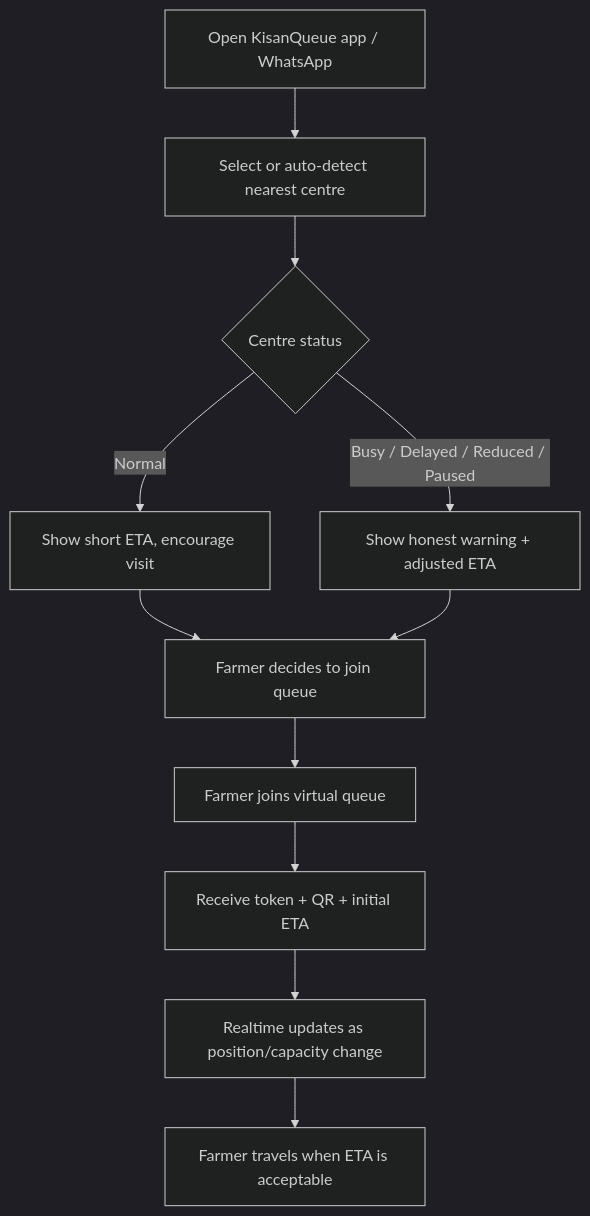
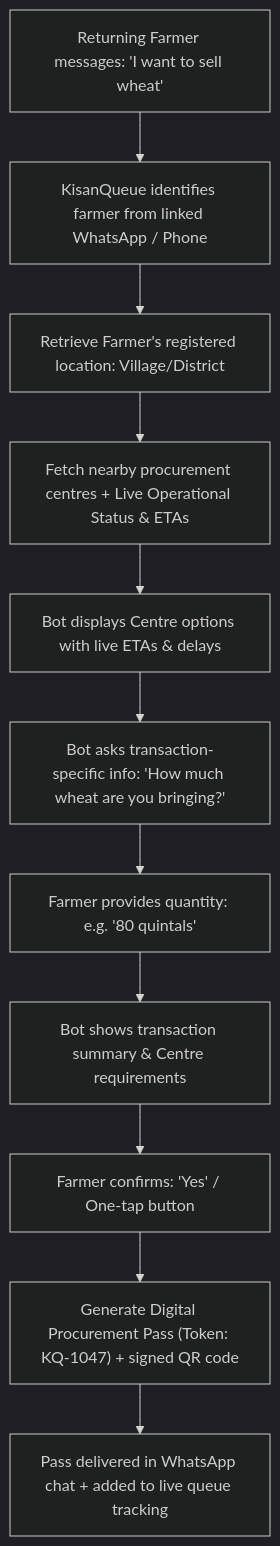
The second of 6 diagrams in docs/04_USER_FLOWS.md (SnehalPrince/KisanQueue), drawn with Mermaid (dark theme) before and after one commit. The commit also changed other lines of this file and 8 other files, not shown here.

First line of the commit message:
feat(docs): Update product flow with One-Time Onboarding & Persistent WhatsApp Assistant

````diff
--- a/docs/04_USER_FLOWS.md
+++ b/docs/04_USER_FLOWS.md
@@ -5,13 +18,13 @@
 ```mermaid
 flowchart TD
-    A[Open KisanQueue app / WhatsApp] --> B[Select or auto-detect nearest centre]
-    B --> C{Centre status}
-    C -->|Normal| D[Show short ETA, encourage visit]
-    C -->|Busy / Delayed / Reduced / Paused| E[Show honest warning + adjusted ETA]
-    D --> F[Farmer decides to join queue]
-    E --> F
-    F --> G[Farmer joins virtual queue]
-    G --> H[Receive token + QR + initial ETA]
-    H --> I[Realtime updates as position/capacity change]
-    I --> J[Farmer travels when ETA is acceptable]
+    A["Returning Farmer messages: 'I want to sell wheat'"] --> B[KisanQueue identifies farmer from linked WhatsApp / Phone]
+    B --> C[Retrieve Farmer's registered location: Village/District]
+    C --> D[Fetch nearby procurement centres + Live Operational Status & ETAs]
+    D --> E[Bot displays Centre options with live ETAs & delays]
+    E --> F["Bot asks transaction-specific info: 'How much wheat are you bringing?'"]
+    F --> G[Farmer provides quantity: e.g. '80 quintals']
+    G --> H[Bot shows transaction summary & Centre requirements]
+    H --> I[Farmer confirms: 'Yes' / One-tap button]
+    I --> J["Generate Digital Procurement Pass (Token: KQ-1047) + signed QR code"]
+    J --> K[Pass delivered in WhatsApp chat + added to live queue tracking]
 ```
````
